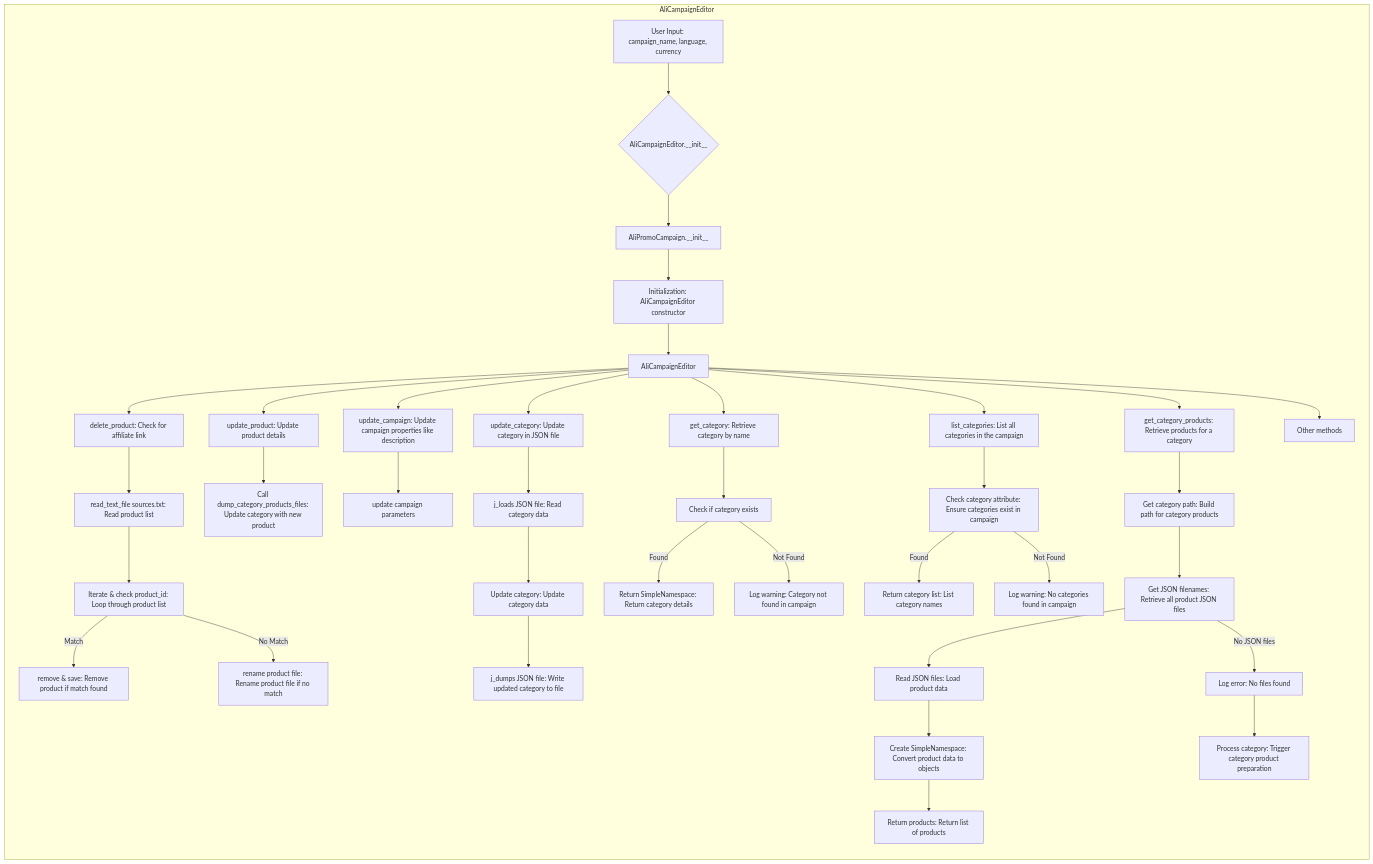
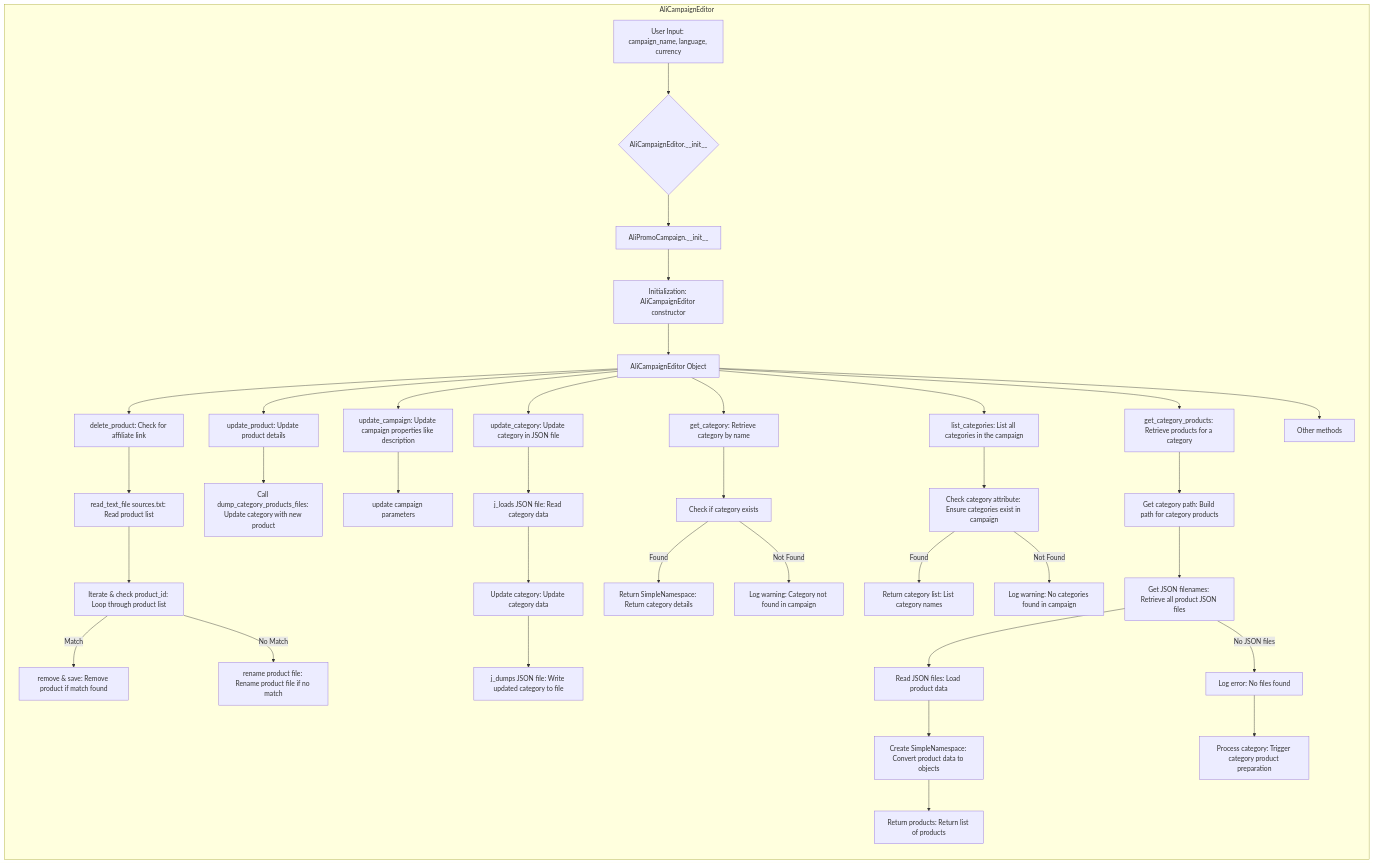
One commit to hypo69/hypo changed the first of 2 diagrams in docs/gemini/ru/explainer/src/suppliers/aliexpress/campaign/ali_campaign_editor.py.md. Above: the diagram before and after it, drawn with Mermaid. The commit also changed other lines of this file and 223 other files, not shown here.

````diff
--- a/docs/gemini/ru/explainer/src/suppliers/aliexpress/campaign/ali_campaign_editor.py.md
+++ b/docs/gemini/ru/explainer/src/suppliers/aliexpress/campaign/ali_campaign_editor.py.md
@@ -51,47 +100,47 @@
 ```mermaid
-graph LR
+flowchart LR
     subgraph AliCampaignEditor
         A[User Input: campaign_name, language, currency] --> B{AliCampaignEditor.__init__};
         B --> C[AliPromoCampaign.__init__];
         C --> D[Initialization: AliCampaignEditor constructor];
-        D --> E[AliCampaignEditor];
+        D --> E[AliCampaignEditor Object];
         
         E --> F[delete_product: Check for affiliate link];
         F --> G[read_text_file sources.txt: Read product list];
         G --> H[Iterate & check product_id: Loop through product list];
         H -- Match --> I[remove & save: Remove product if match found];
         H -- No Match --> J[rename product file: Rename product file if no match];
         
         E --> K[update_product: Update product details];
         K --> L[Call dump_category_products_files: Update category with new product];
         
         E --> M[update_campaign: Update campaign properties like description];
         M --> N[update campaign parameters];
         
         E --> O[update_category: Update category in JSON file];
         O --> P[j_loads JSON file: Read category data];
         P --> Q[Update category: Update category data];
         Q --> R[j_dumps JSON file: Write updated category to file];
         
         E --> S[get_category: Retrieve category by name];
         S --> T[Check if category exists];
         T -- Found --> U[Return SimpleNamespace: Return category details];
         T -- Not Found --> V[Log warning: Category not found in campaign];
         
         E --> W[list_categories: List all categories in the campaign];
         W --> X[Check category attribute: Ensure categories exist in campaign];
         X -- Found --> Y[Return category list: List category names];
         X -- Not Found --> Z[Log warning: No categories found in campaign];
         
         E --> AA[get_category_products: Retrieve products for a category];
         AA --> AB[Get category path: Build path for category products];
         AB --> AC[Get JSON filenames: Retrieve all product JSON files];
         AC --> AD[Read JSON files: Load product data];
         AD --> AE[Create SimpleNamespace: Convert product data to objects];
         AE --> AF[Return products: Return list of products];
         AC -- No JSON files --> AG[Log error: No files found];
         AG --> AH[Process category: Trigger category product preparation];
 
         E --> AI[Other methods];
     end
 ```
````
